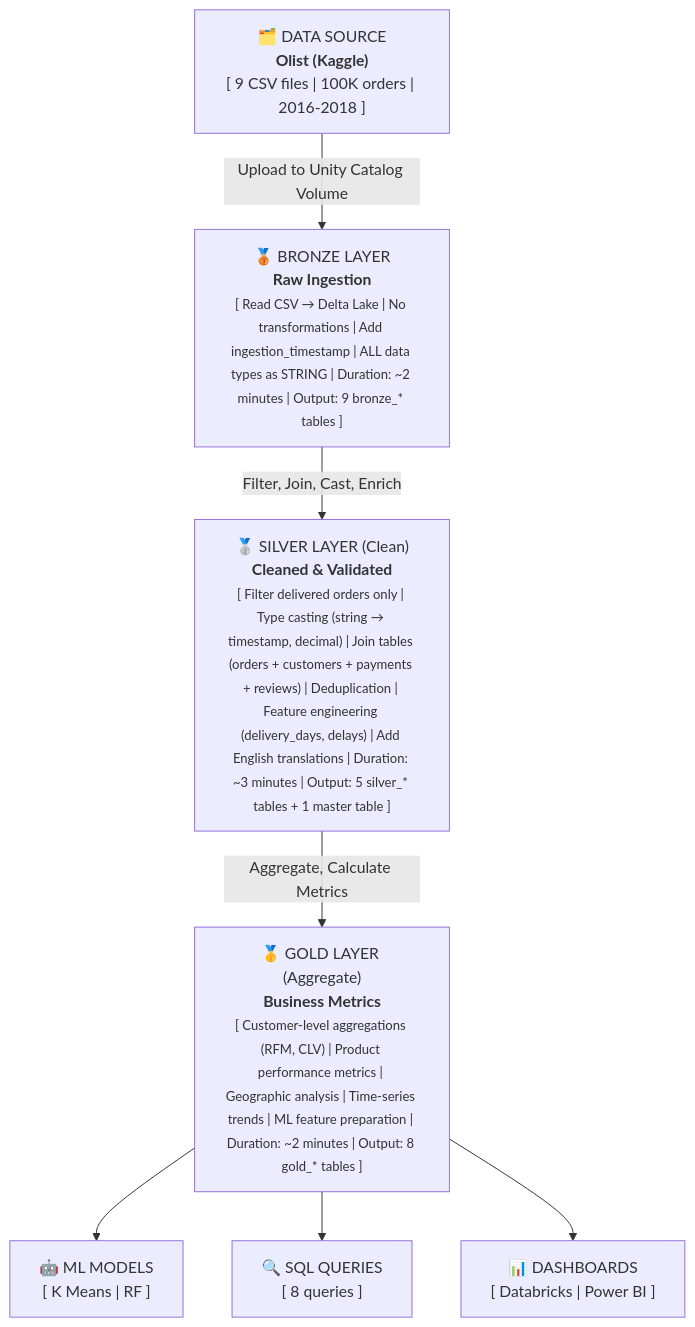
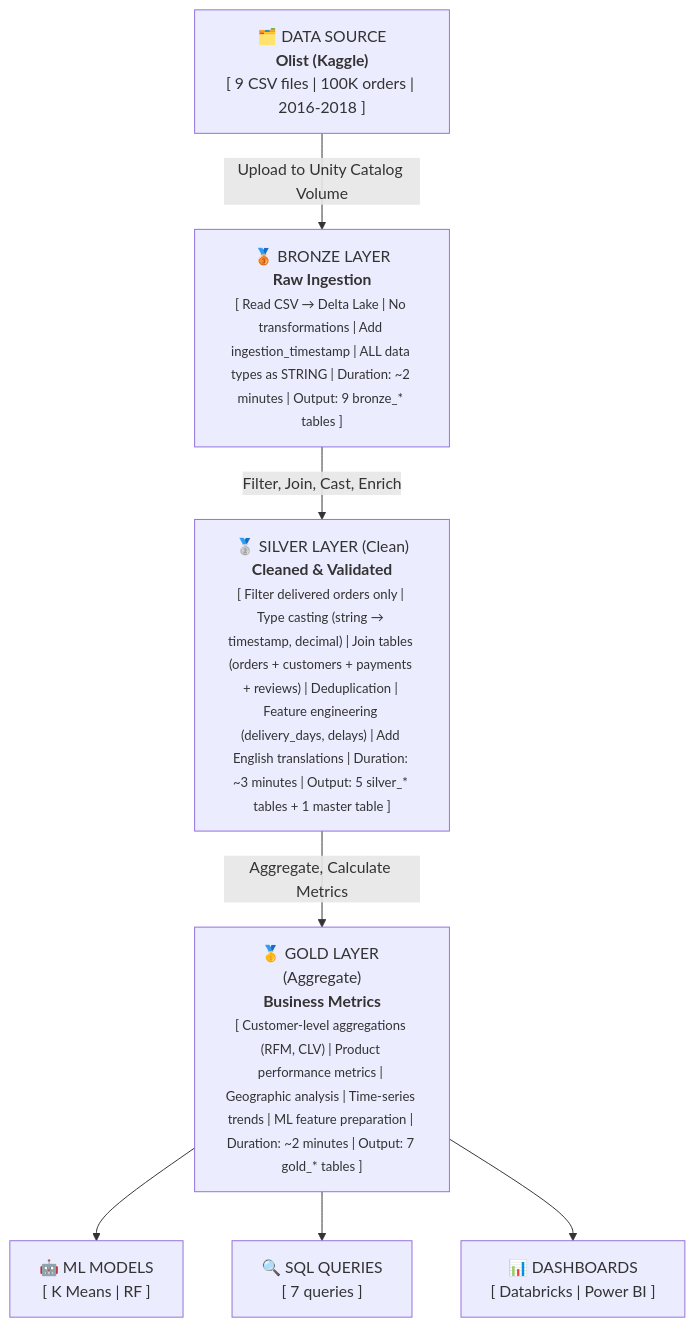
One commit to txago/olist-analytics-platform changed the second of 2 diagrams in docs/data_engineering.md. Above: the diagram before and after it, drawn with Mermaid. The commit also changed 2 other files, not shown here.

Commit message:
Update gold table queries

````diff
--- a/docs/data_engineering.md
+++ b/docs/data_engineering.md
@@ -31,9 +31,9 @@
 ```mermaid
 flowchart TD
     A["🗂️ DATA SOURCE<br><strong>Olist (Kaggle)</strong><br>[ 9 CSV files | 100K orders | 2016-2018 ]"] -->|Upload to Unity Catalog Volume| B["🥉 BRONZE LAYER<br><strong>Raw Ingestion</strong><br><small>[ Read CSV → Delta Lake | No transformations | Add ingestion_timestamp | ALL data types as STRING | Duration: ~2 minutes | Output: 9 bronze_* tables ]</small>"]
     B -->|Filter, Join, Cast, Enrich| C["🥈 SILVER LAYER (Clean)<br><strong>Cleaned & Validated</strong><br><small>[ Filter delivered orders only | Type casting (string → timestamp, decimal) | Join tables (orders + customers + payments + reviews) | Deduplication | Feature engineering (delivery_days, delays) | Add English translations | Duration: ~3 minutes | Output: 5 silver_* tables + 1 master table ]</small>"]
-    C -->|Aggregate, Calculate Metrics| D["🥇 GOLD LAYER (Aggregate)<br><strong>Business Metrics</strong><br><small>[ Customer-level aggregations (RFM, CLV) | Product performance metrics | Geographic analysis | Time-series trends | ML feature preparation | Duration: ~2 minutes | Output: 8 gold_* tables ]</small>"]
+    C -->|Aggregate, Calculate Metrics| D["🥇 GOLD LAYER (Aggregate)<br><strong>Business Metrics</strong><br><small>[ Customer-level aggregations (RFM, CLV) | Product performance metrics | Geographic analysis | Time-series trends | ML feature preparation | Duration: ~2 minutes | Output: 7 gold_* tables ]</small>"]
     D --> E["🤖 ML MODELS<br>[ K Means | RF ]"]
-    D --> F["🔍 SQL QUERIES<br>[ 8 queries ]"]
+    D --> F["🔍 SQL QUERIES<br>[ 7 queries ]"]
     D --> G["📊 DASHBOARDS<br>[ Databricks | Power BI ]"]
 ```
````
